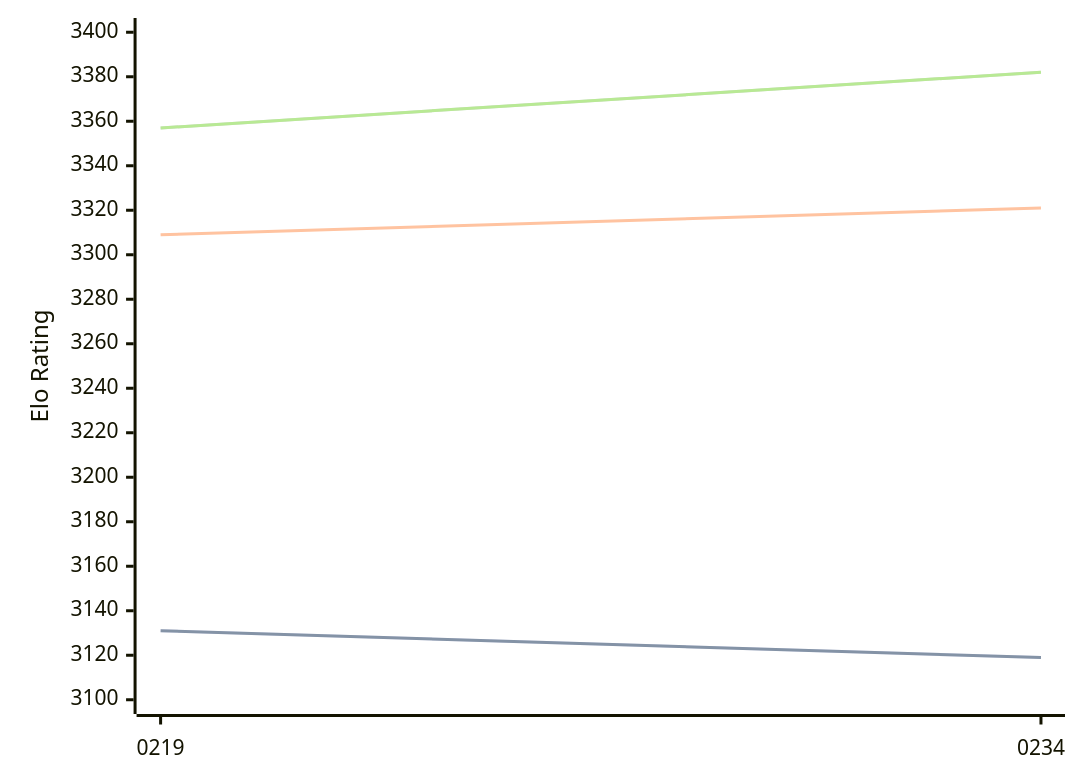
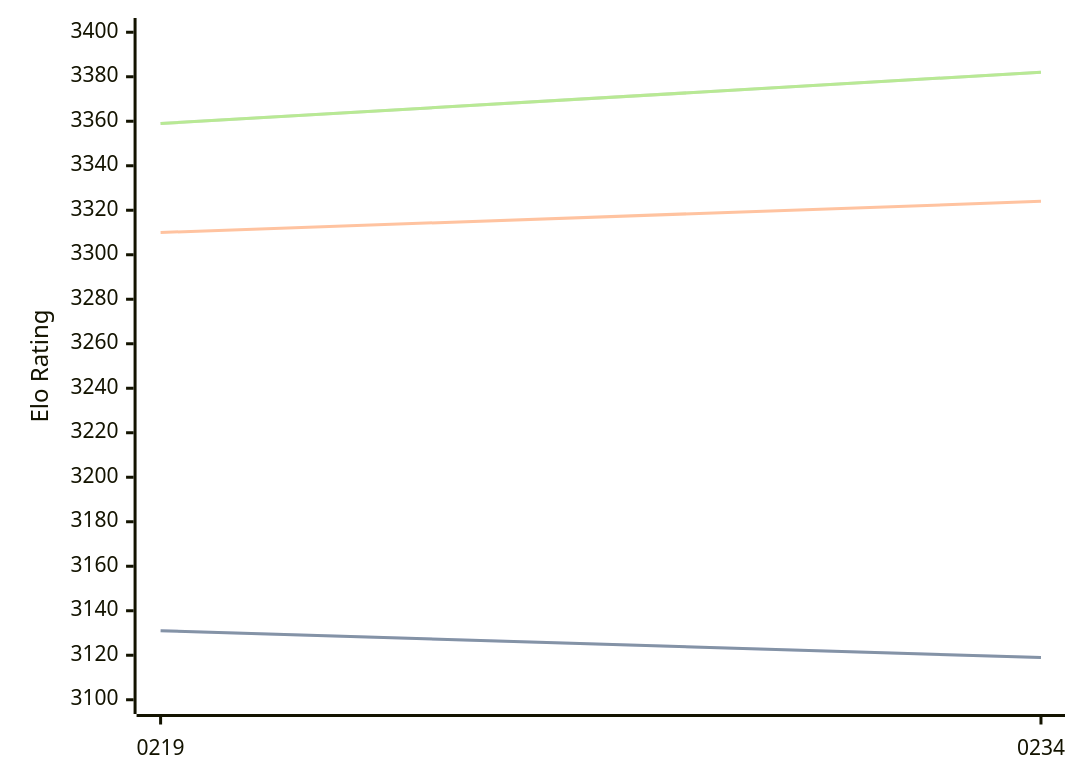
The third of 3 diagrams in engines/Ynode.md (computer-chess-index/cci), drawn with Mermaid before and after one commit. The commit also changed other lines of this file, not shown here.

Commit message:
Update CCI Ratings (ELO VLTC) - 2026-07-08

````diff
--- a/engines/Ynode.md
+++ b/engines/Ynode.md
@@ -72,11 +72,11 @@
 ```mermaid
 %%{init: {"theme":"base","themeVariables":{"seriesColors:['#a3a3a3','#222221','#faa371']}}}%%
 xychart-beta
   x-axis ["0219", "0234"]
   y-axis "Elo Rating" 3100 --> 3400
   line "STC (8.0+0.08s)" [3131, 3119]
   line "STC (8.0+0.08s)" [3131, 3119]
-  line "LTC (60.0+0.60s)" [3309, 3321]
-  line "VLTC (2m24s+1.12s)" [3357, 3382]
-  line "VLTC (2m24s+1.12s)" [3357, 3382]
+  line "LTC (60.0+0.60s)" [3310, 3324]
+  line "VLTC (2m24s+1.12s)" [3359, 3382]
+  line "VLTC (2m24s+1.12s)" [3359, 3382]
 ```
````
